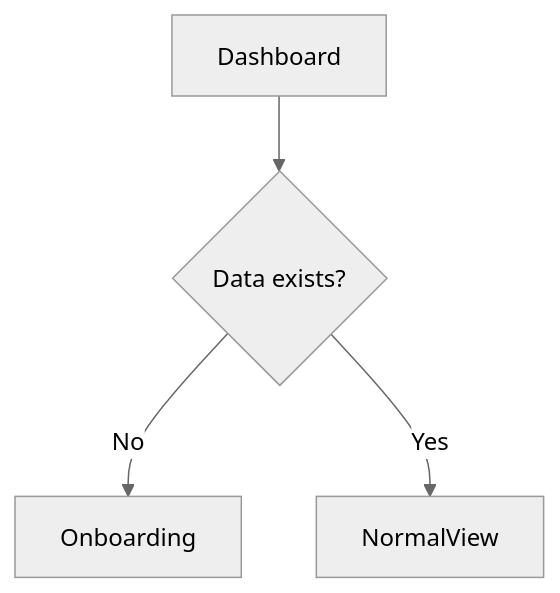
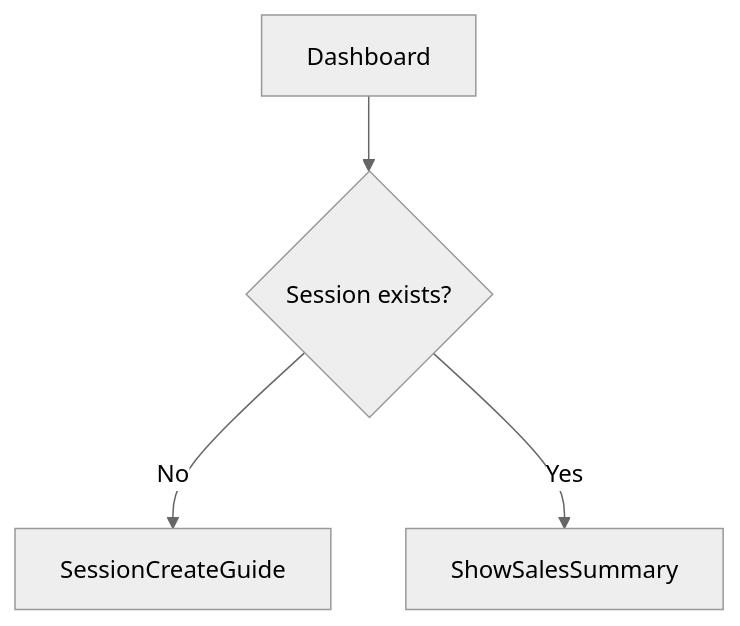
Before and after one commit to Gypsophila1912/rejogi-app: the eighth of 8 diagrams in 03_screen-flow_md.md, drawn with Mermaid (neutral theme). The commit also changed other lines of this file and 7 other files, not shown here.

````diff
--- a/03_screen-flow_md.md
+++ b/03_screen-flow_md.md
@@ -138,6 +155,7 @@
 ```mermaid
 flowchart TD
-    Dashboard --> HasData{Data exists?}
-    HasData -->|No| Onboarding
-    HasData -->|Yes| NormalView
+    Dashboard --> HasSession{Session exists?}
+
+    HasSession -->|No| SessionCreateGuide
+    HasSession -->|Yes| ShowSalesSummary
 ```
````
